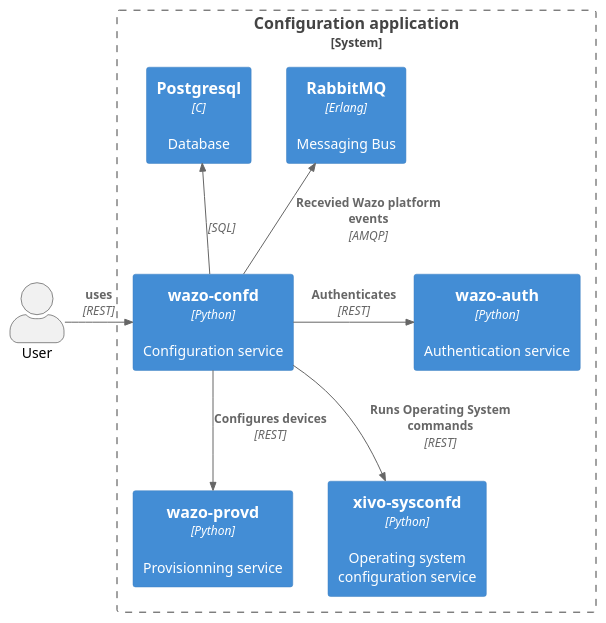
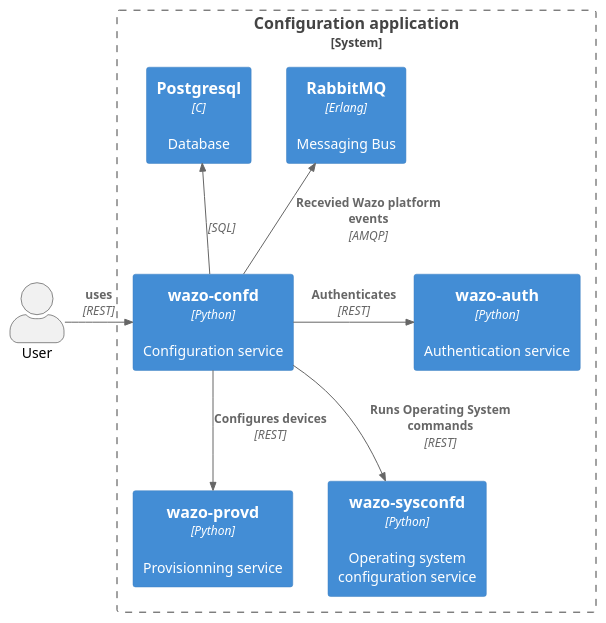
The diagram in content/confd/diagram.puml (wazo-platform/wazo-platform.org), drawn with PlantUML before and after one commit. The commit also changed 6 other files, not shown here.

Commit message:
rename xivo-sysconfd to wazo-sysconfd

```diff
--- a/content/confd/diagram.puml
+++ b/content/confd/diagram.puml
@@ -1,29 +1,29 @@
 @startuml
 !include C4_Container.puml
 
 hide stereotype
 
 System_Boundary(confd_platform, "Configuration application"){
 
     Container(confd, "wazo-confd", "Python", "Configuration service")
 
     Container(db, "Postgresql", "C", "Database")
     Container(bus, "RabbitMQ", "Erlang", "Messaging Bus")
 
     Container(provd, "wazo-provd", "Python", "Provisionning service") [["../documentation/overview/provisioning.html"]]
-    Container(sysconfd, "xivo-sysconfd", "Python", "Operating system configuration service")
+    Container(sysconfd, "wazo-sysconfd", "Python", "Operating system configuration service")
     Container(auth, "wazo-auth", "Python", "Authentication service") [["../documentation/overview/authentication.html"]]
 }
 
 actor User
 
 Rel_R(User, confd, "uses", "REST")
 
 Rel_U(confd, db, " ", "SQL")
 Rel_U(confd, bus, "Recevied Wazo platform events", "AMQP")
 
 Rel_R(confd, auth, "Authenticates", "REST")
 Rel_D(confd, provd, "Configures devices", "REST")
 Rel_D(confd, sysconfd, "Runs Operating System commands", "REST")
 
 @enduml
```
